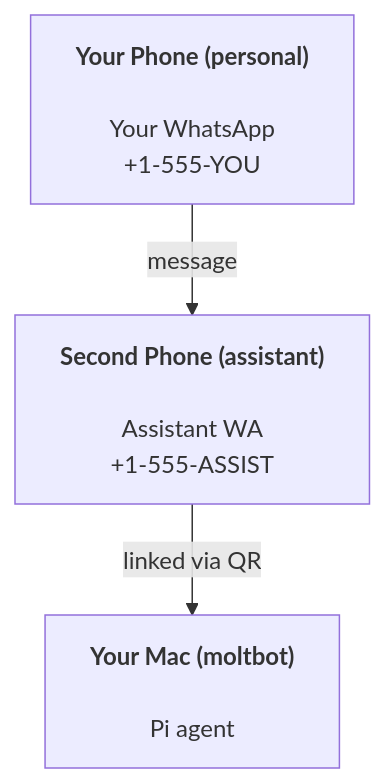
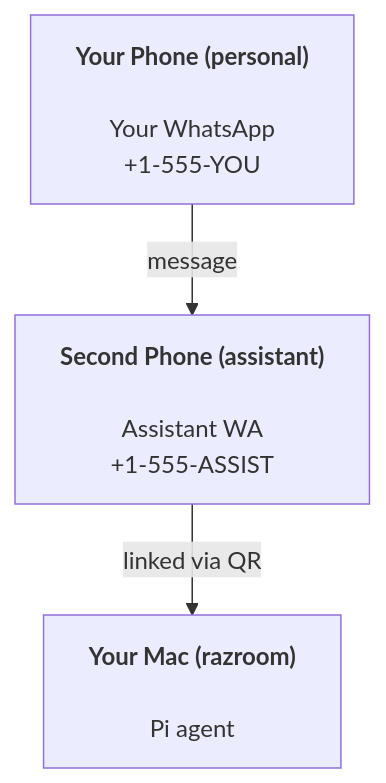
Before and after one commit to razroo/razroom: the diagram in docs/start/moltbot.md, drawn with Mermaid. The commit also changed other lines of this file and 2403 other files, not shown here.

````diff
--- a/docs/start/moltbot.md
+++ b/docs/start/moltbot.md
@@ -36,5 +36,5 @@
 ```mermaid
 flowchart TB
     A["<b>Your Phone (personal)<br></b><br>Your WhatsApp<br>+1-555-YOU"] -- message --> B["<b>Second Phone (assistant)<br></b><br>Assistant WA<br>+1-555-ASSIST"]
-    B -- linked via QR --> C["<b>Your Mac (moltbot)<br></b><br>Pi agent"]
+    B -- linked via QR --> C["<b>Your Mac (razroom)<br></b><br>Pi agent"]
 ```
````
